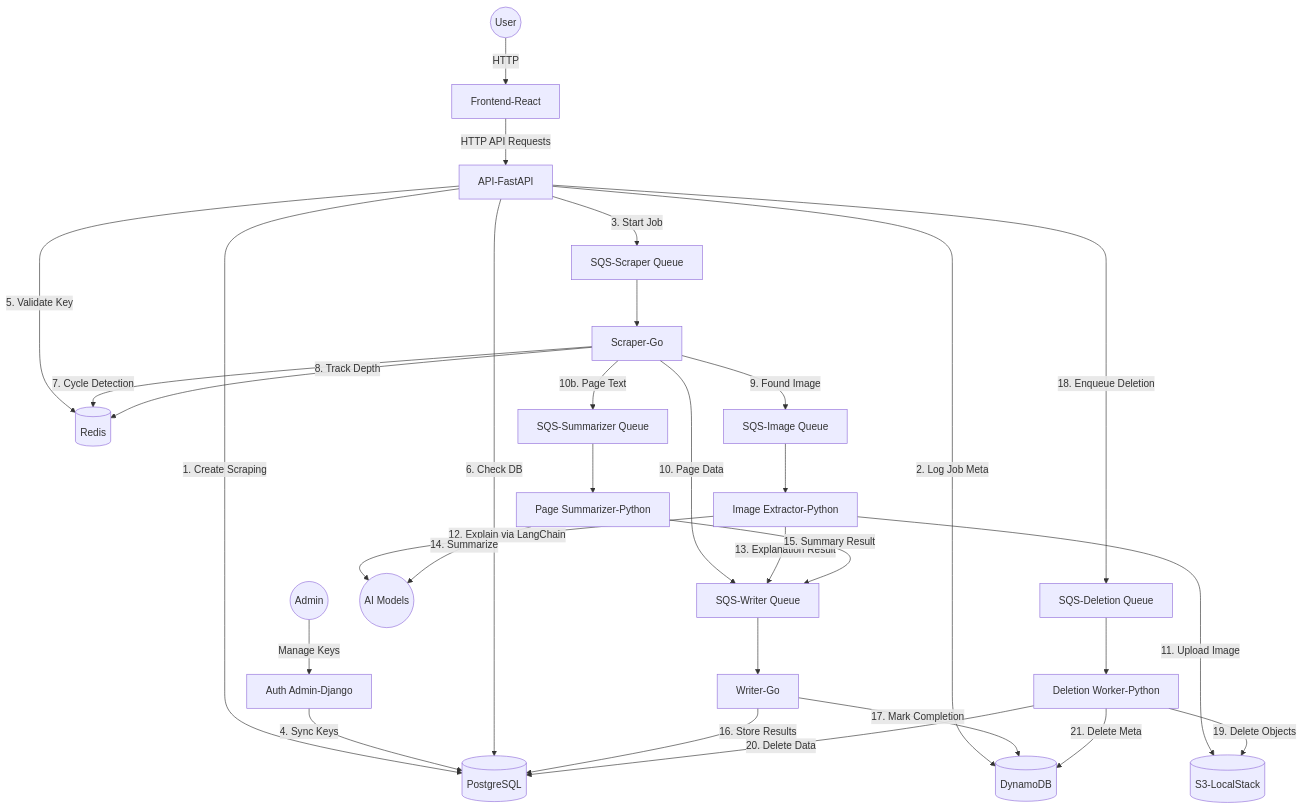
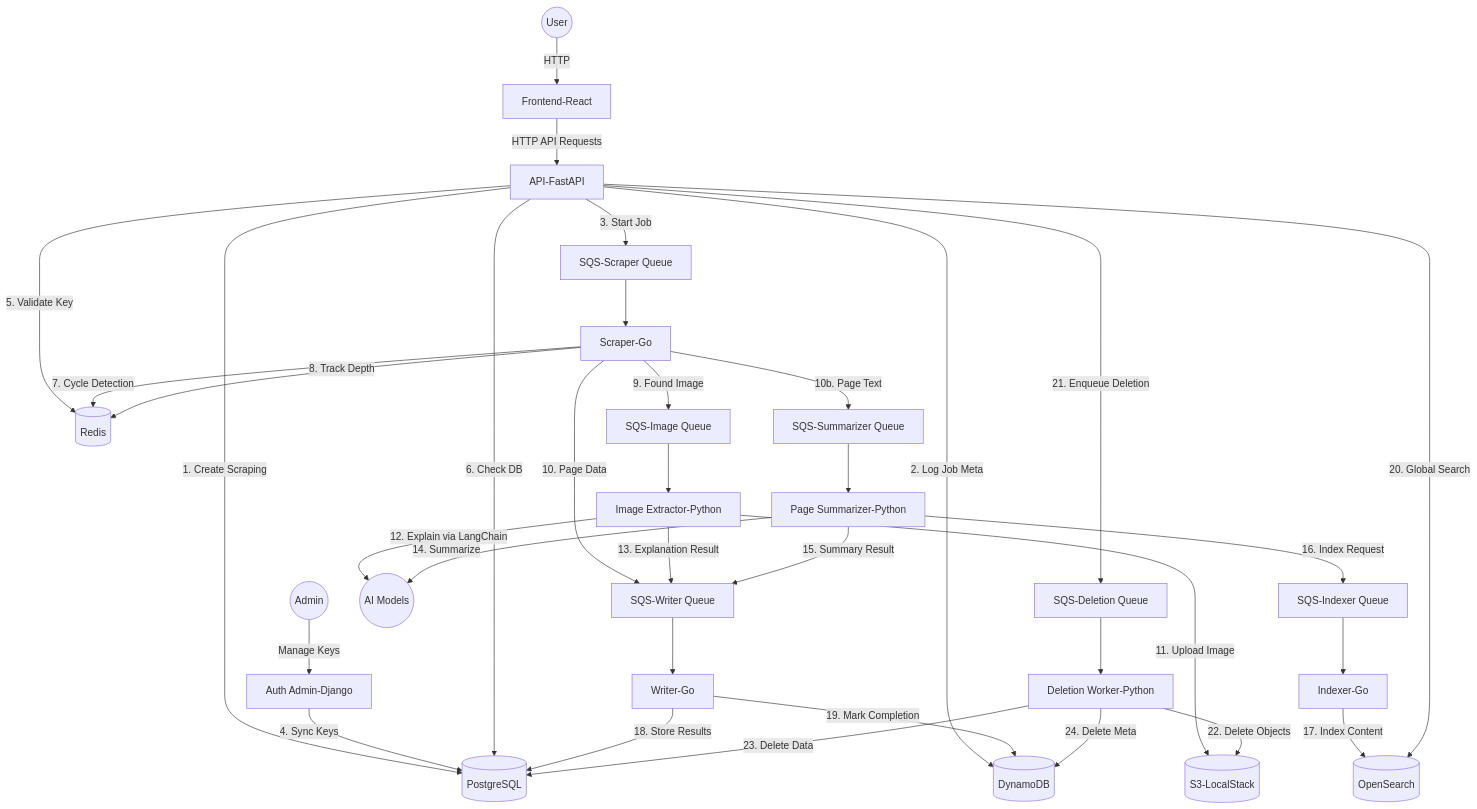
One commit to diegojromerolopez/isidorus-web-scraper changed the diagram in README.md. Above: the diagram before and after it, drawn with Mermaid. The commit also changed other lines of this file and 54 other files, not shown here.

Commit message:
feat: add OpenSearch to provide full text search

````diff
--- a/README.md
+++ b/README.md
@@ -37,40 +37,45 @@
 ```mermaid
 graph TD
     User((User)) -->|HTTP| Frontend[Frontend-React]
     Frontend -->|HTTP API Requests| API[API-FastAPI]
     
     API -->|1. Create Scraping| DB[(PostgreSQL)]
     API -->|2. Log Job Meta| Dynamo[(DynamoDB)]
     API -->|3. Start Job| SQS_S[SQS-Scraper Queue]
     
     Admin((Admin)) -->|Manage Keys| AuthAdmin[Auth Admin-Django]
     AuthAdmin -->|4. Sync Keys| DB
     API -->|5. Validate Key| Redis[(Redis)]
     API -->|6. Check DB| DB
     
     SQS_S --> Scraper[Scraper-Go]
     Scraper -->|7. Cycle Detection| Redis
     Scraper -->|8. Track Depth| Redis
     Scraper -->|9. Found Image| SQS_I[SQS-Image Queue]
     Scraper -->|10. Page Data| SQS_W[SQS-Writer Queue]
     
     SQS_I --> Extractor[Image Extractor-Python]
     Extractor -->|11. Upload Image| S3[(S3-LocalStack)]
     Extractor -->|12. Explain via LangChain| LLM((AI Models))
     Extractor -->|13. Explanation Result| SQS_W
 
     Scraper -->|10b. Page Text| SQS_PS[SQS-Summarizer Queue]
     SQS_PS --> Summarizer[Page Summarizer-Python]
     Summarizer -->|14. Summarize| LLM
     Summarizer -->|15. Summary Result| SQS_W
+    Summarizer -->|16. Index Request| SQS_Index[SQS-Indexer Queue]
     
+    SQS_Index --> Indexer[Indexer-Go]
+    Indexer -->|17. Index Content| OS[(OpenSearch)]
+
     SQS_W --> Writer[Writer-Go]
-    Writer -->|16. Store Results| DB
-    Writer -->|17. Mark Completion| Dynamo
+    Writer -->|18. Store Results| DB
+    Writer -->|19. Mark Completion| Dynamo
 
-    API -->|18. Enqueue Deletion| SQS_D[SQS-Deletion Queue]
+    API -->|20. Global Search| OS
+    API -->|21. Enqueue Deletion| SQS_D[SQS-Deletion Queue]
     SQS_D --> Deletion[Deletion Worker-Python]
-    Deletion -->|19. Delete Objects| S3
-    Deletion -->|20. Delete Data| DB
-    Deletion -->|21. Delete Meta| Dynamo
+    Deletion -->|22. Delete Objects| S3
+    Deletion -->|23. Delete Data| DB
+    Deletion -->|24. Delete Meta| Dynamo
 ```
````
